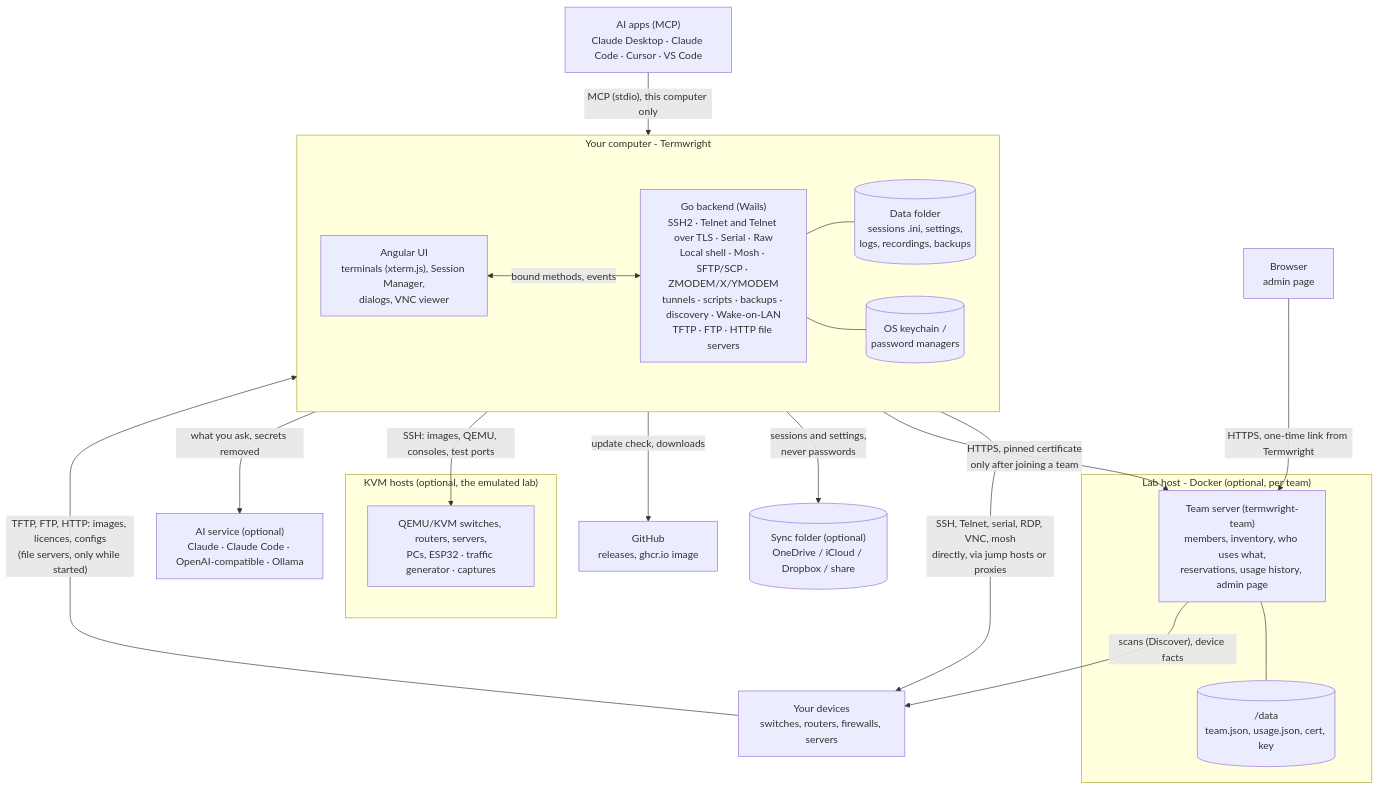
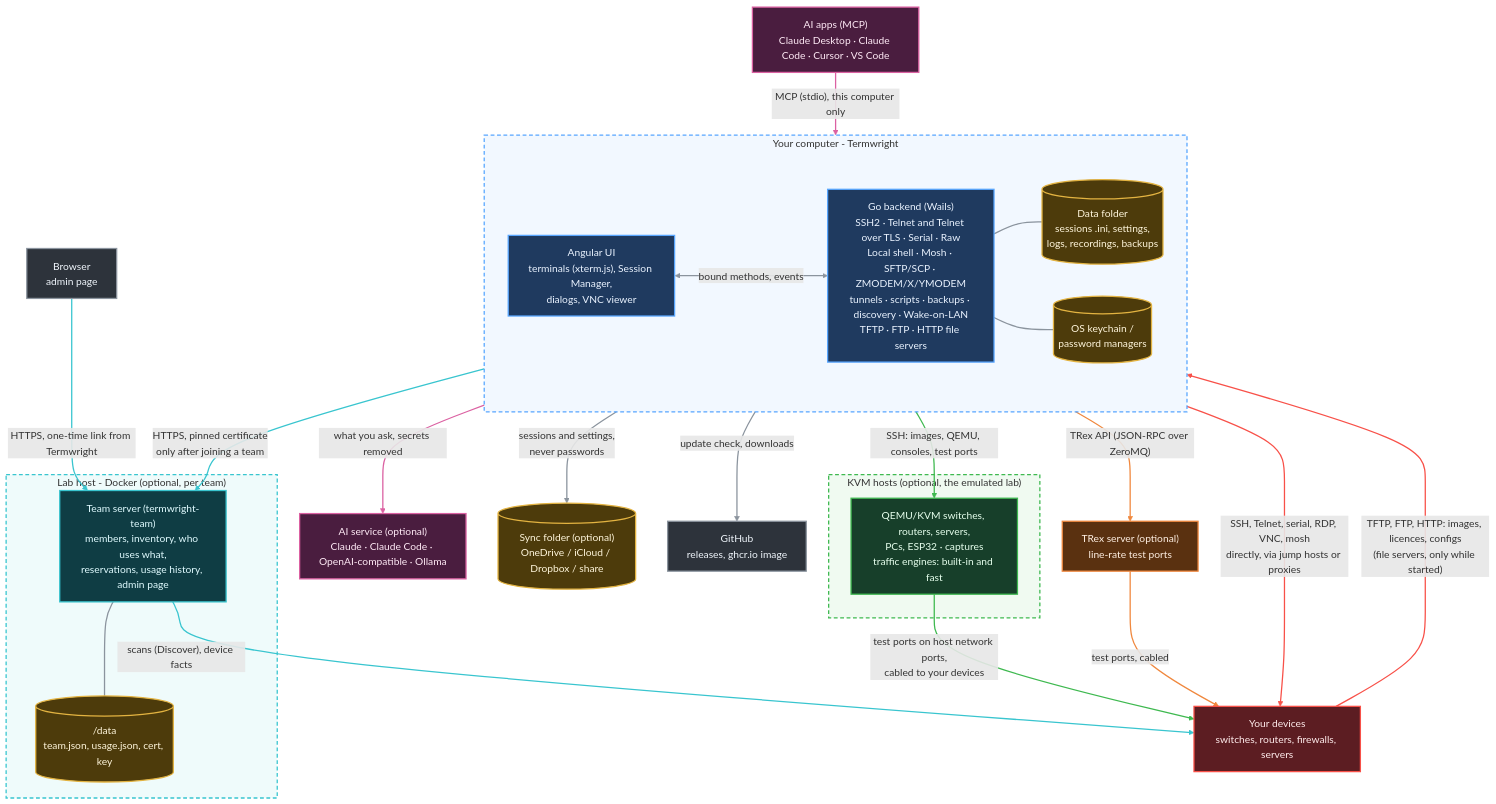
One commit to nperiannan/termwright changed the first of 2 diagrams in README.md. Above: the diagram before and after it, drawn with Mermaid. The commit also changed other lines of this file and 1 other file, not shown here.

Commit message:
Docs: colour architecture diagrams; traffic engines and TRex in the main one; new Traffic generation diagram

````diff
--- a/README.md
+++ b/README.md
@@ -263,31 +263,60 @@
 ```mermaid
 flowchart TB
   subgraph PC["Your computer - Termwright"]
     direction LR
     UI["Angular UI<br/>terminals (xterm.js), Session Manager,<br/>dialogs, VNC viewer"] <-- "bound methods, events" --> Go["Go backend (Wails)<br/>SSH2 · Telnet and Telnet over TLS · Serial · Raw<br/>Local shell · Mosh · SFTP/SCP · ZMODEM/X/YMODEM<br/>tunnels · scripts · backups · discovery · Wake-on-LAN<br/>TFTP · FTP · HTTP file servers"]
     Go --- Data[("Data folder<br/>sessions .ini, settings,<br/>logs, recordings, backups")]
     Go --- Keys[("OS keychain /<br/>password managers")]
   end
   Dev["Your devices<br/>switches, routers, firewalls, servers"]
   subgraph Lab["Lab host - Docker (optional, per team)"]
     TS["Team server (termwright-team)<br/>members, inventory, who uses what,<br/>reservations, usage history, admin page"] --- TD[("/data<br/>team.json, usage.json, cert, key")]
   end
   subgraph KVM["KVM hosts (optional, the emulated lab)"]
-    VM["QEMU/KVM switches, routers, servers,<br/>PCs, ESP32 · traffic generator · captures"]
+    VM["QEMU/KVM switches, routers, servers,<br/>PCs, ESP32 · captures<br/>traffic engines: built-in and fast"]
   end
+  TRex["TRex server (optional)<br/>line-rate test ports"]
   AI["AI service (optional)<br/>Claude · Claude Code · OpenAI-compatible · Ollama"]
   Apps["AI apps (MCP)<br/>Claude Desktop · Claude Code · Cursor · VS Code"]
   Sync[("Sync folder (optional)<br/>OneDrive / iCloud / Dropbox / share")]
   GH["GitHub<br/>releases, ghcr.io image"]
   Browser["Browser<br/>admin page"]
   Go -- "SSH, Telnet, serial, RDP, VNC, mosh<br/>directly, via jump hosts or proxies" --> Dev
   Dev -- "TFTP, FTP, HTTP: images, licences, configs<br/>(file servers, only while started)" --> Go
   Go -- "HTTPS, pinned certificate<br/>only after joining a team" --> TS
   Go -- "sessions and settings,<br/>never passwords" --> Sync
   Go -- "update check, downloads" --> GH
   Browser -- "HTTPS, one-time link from Termwright" --> TS
   TS -- "scans (Discover), device facts" --> Dev
   Go -- "SSH: images, QEMU, consoles, test ports" --> VM
+  VM -- "test ports on host network ports,<br/>cabled to your devices" --> Dev
+  Go -- "TRex API (JSON-RPC over ZeroMQ)" --> TRex
+  TRex -- "test ports, cabled" --> Dev
   Go -- "what you ask, secrets removed" --> AI
   Apps -- "MCP (stdio), this computer only" --> Go
+  classDef tw fill:#1f3a5f,stroke:#58a6ff,stroke-width:2px,color:#eaf3ff
+  classDef ai fill:#4a1d3f,stroke:#db61a2,stroke-width:2px,color:#ffeaf6
+  classDef store fill:#4d3b0b,stroke:#e3b341,stroke-width:2px,color:#fff6dc
+  classDef engine fill:#173f2a,stroke:#3fb950,stroke-width:2px,color:#e6ffed
+  classDef team fill:#0f3d44,stroke:#39c5cf,stroke-width:2px,color:#e0fbff
+  classDef trex fill:#5a3110,stroke:#f0883e,stroke-width:2px,color:#fff0e3
+  classDef dut fill:#5c1d22,stroke:#f85149,stroke-width:2px,color:#ffecec
+  classDef ext fill:#2d333b,stroke:#8b949e,stroke-width:2px,color:#f0f6fc
+  class UI,Go tw
+  class Data,Keys,TD,Sync store
+  class AI,Apps ai
+  class VM engine
+  class TS team
+  class TRex trex
+  class Dev dut
+  class GH,Browser ext
+  style PC fill:#58a6ff14,stroke:#58a6ff,stroke-width:2px,stroke-dasharray:6 4
+  style Lab fill:#39c5cf14,stroke:#39c5cf,stroke-width:2px,stroke-dasharray:6 4
+  style KVM fill:#3fb95014,stroke:#3fb950,stroke-width:2px,stroke-dasharray:6 4
+  linkStyle 0,1,2,3,7,8 stroke:#8b949e,stroke-width:2px
+  linkStyle 4,5 stroke:#f85149,stroke-width:2px
+  linkStyle 6,9,10 stroke:#39c5cf,stroke-width:2px
+  linkStyle 11,12 stroke:#3fb950,stroke-width:2px
+  linkStyle 13,14 stroke:#f0883e,stroke-width:2px
+  linkStyle 15,16 stroke:#db61a2,stroke-width:2px
 ```
````
